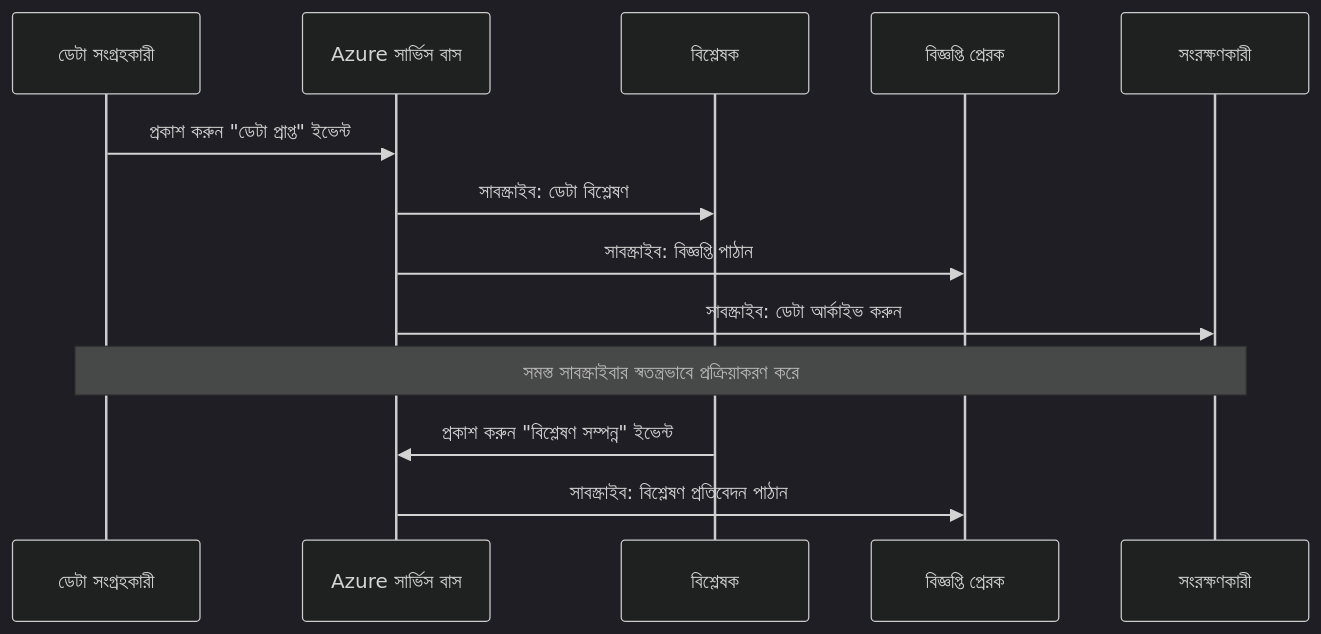
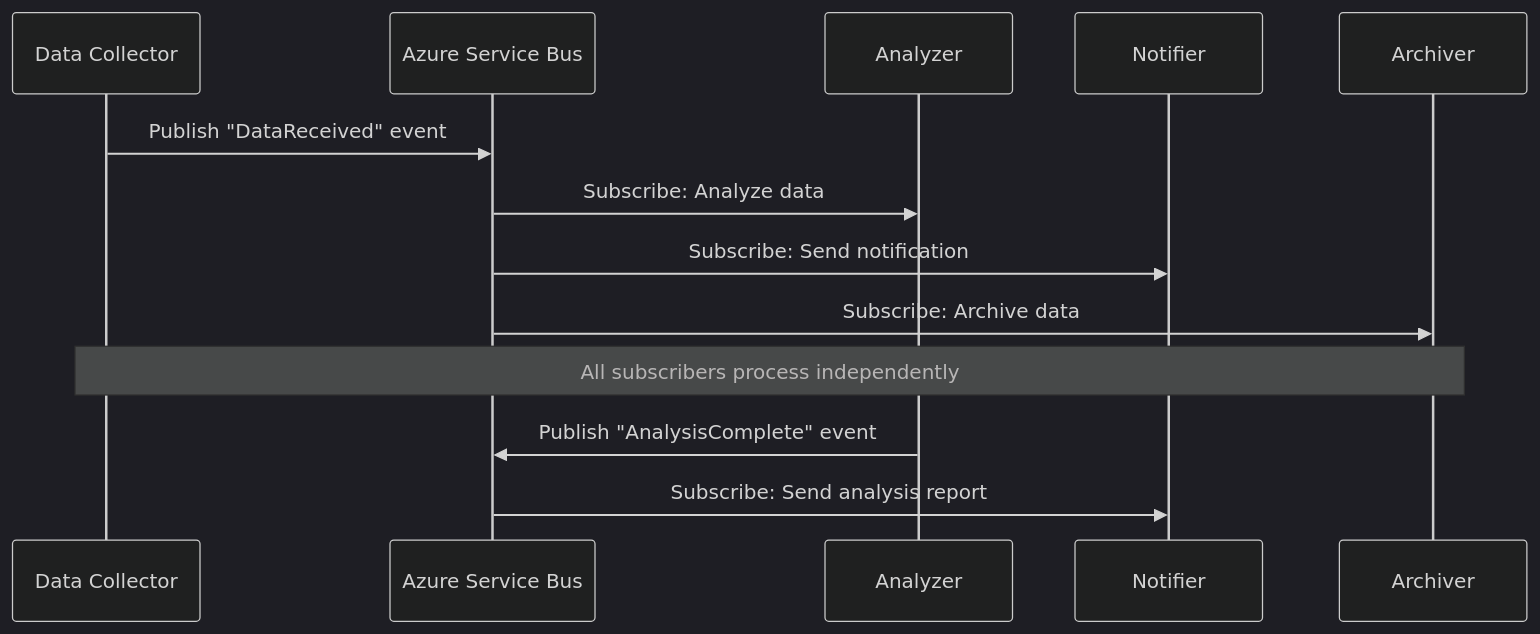
The fifth of 7 diagrams in translations/bn/docs/chapter-06-pre-deployment/coordination-patterns.md (microsoft/AZD-for-beginners), drawn with Mermaid (dark theme) before and after one commit. The commit also changed other lines of this file and 9 other files, not shown here.

````diff
--- a/translations/bn/docs/chapter-06-pre-deployment/coordination-patterns.md
+++ b/translations/bn/docs/chapter-06-pre-deployment/coordination-patterns.md
@@ -185,18 +189,18 @@
 ```mermaid
 sequenceDiagram
-    participant Agent1 as ডেটা সংগ্রহকারী
-    participant EventBus as Azure সার্ভিস বাস
-    participant Agent2 as বিশ্লেষক
-    participant Agent3 as বিজ্ঞপ্তি প্রেরক
-    participant Agent4 as সংরক্ষণকারী
+    participant Agent1 as Data Collector
+    participant EventBus as Azure Service Bus
+    participant Agent2 as Analyzer
+    participant Agent3 as Notifier
+    participant Agent4 as Archiver
     
-    Agent1->>EventBus: প্রকাশ করুন "ডেটা প্রাপ্ত" ইভেন্ট
-    EventBus->>Agent2: সাবস্ক্রাইব: ডেটা বিশ্লেষণ
-    EventBus->>Agent3: সাবস্ক্রাইব: বিজ্ঞপ্তি পাঠান
-    EventBus->>Agent4: সাবস্ক্রাইব: ডেটা আর্কাইভ করুন
+    Agent1->>EventBus: Publish "DataReceived" event
+    EventBus->>Agent2: Subscribe: Analyze data
+    EventBus->>Agent3: Subscribe: Send notification
+    EventBus->>Agent4: Subscribe: Archive data
     
-    Note over Agent1,Agent4: সমস্ত সাবস্ক্রাইবার স্বতন্ত্রভাবে প্রক্রিয়াকরণ করে
+    Note over Agent1,Agent4: All subscribers process independently
     
-    Agent2->>EventBus: প্রকাশ করুন "বিশ্লেষণ সম্পন্ন" ইভেন্ট
-    EventBus->>Agent3: সাবস্ক্রাইব: বিশ্লেষণ প্রতিবেদন পাঠান
+    Agent2->>EventBus: Publish "AnalysisComplete" event
+    EventBus->>Agent3: Subscribe: Send analysis report
 ```
````
